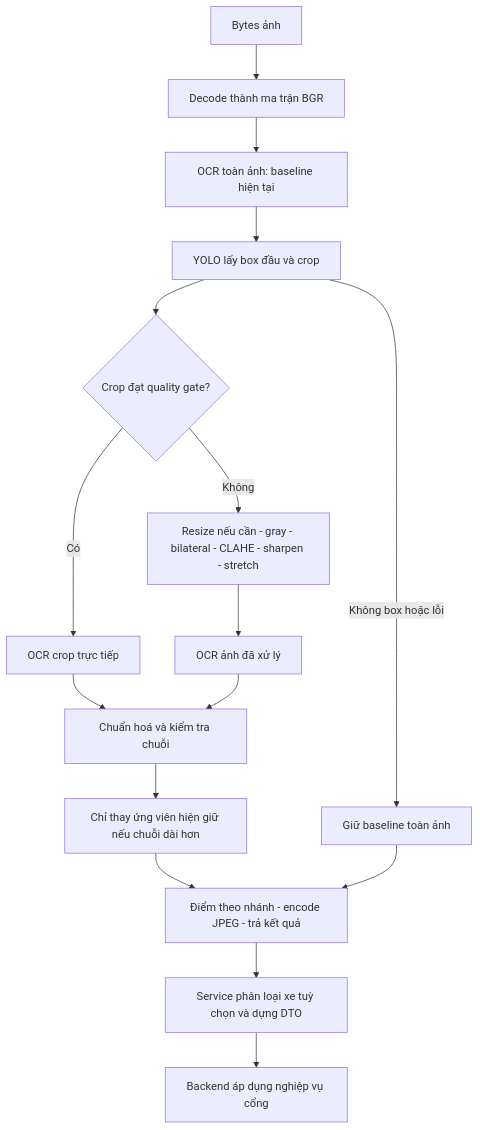
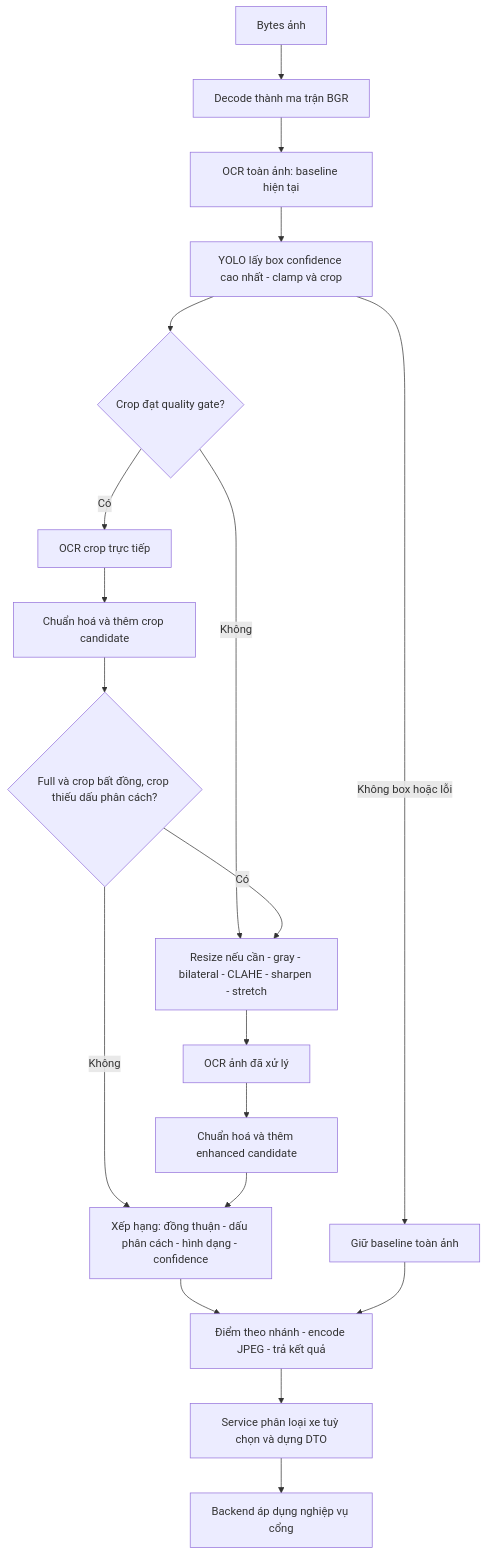
Before and after one commit to HiTranquility/IPLMS-AI: the first of 3 diagrams in docs/guides/03-image-processing-pipeline.md, drawn with Mermaid. The commit also changed other lines of this file and 39 other files, not shown here.

````diff
--- a/docs/guides/03-image-processing-pipeline.md
+++ b/docs/guides/03-image-processing-pipeline.md
@@ -30,18 +30,21 @@
 ```mermaid
 flowchart TD
     A[Bytes ảnh] --> B[Decode thành ma trận BGR]
     B --> C[OCR toàn ảnh: baseline hiện tại]
-    C --> D[YOLO lấy box đầu và crop]
+    C --> D[YOLO lấy box confidence cao nhất - clamp và crop]
     D --> E{Crop đạt quality gate?}
     E -->|Có| F[OCR crop trực tiếp]
     E -->|Không| G[Resize nếu cần - gray - bilateral - CLAHE - sharpen - stretch]
+    F --> I[Chuẩn hoá và thêm crop candidate]
+    I --> O{Full và crop bất đồng, crop thiếu dấu phân cách?}
+    O -->|Có| G
+    O -->|Không| J
     G --> H[OCR ảnh đã xử lý]
-    F --> I[Chuẩn hoá và kiểm tra chuỗi]
-    H --> I
-    I --> J[Chỉ thay ứng viên hiện giữ nếu chuỗi dài hơn]
+    H --> P[Chuẩn hoá và thêm enhanced candidate]
+    P --> J[Xếp hạng: đồng thuận - dấu phân cách - hình dạng - confidence]
     D -->|Không box hoặc lỗi| K[Giữ baseline toàn ảnh]
     J --> L[Điểm theo nhánh - encode JPEG - trả kết quả]
     K --> L
     L --> M[Service phân loại xe tuỳ chọn và dựng DTO]
     M --> N[Backend áp dụng nghiệp vụ cổng]
 ```
````
